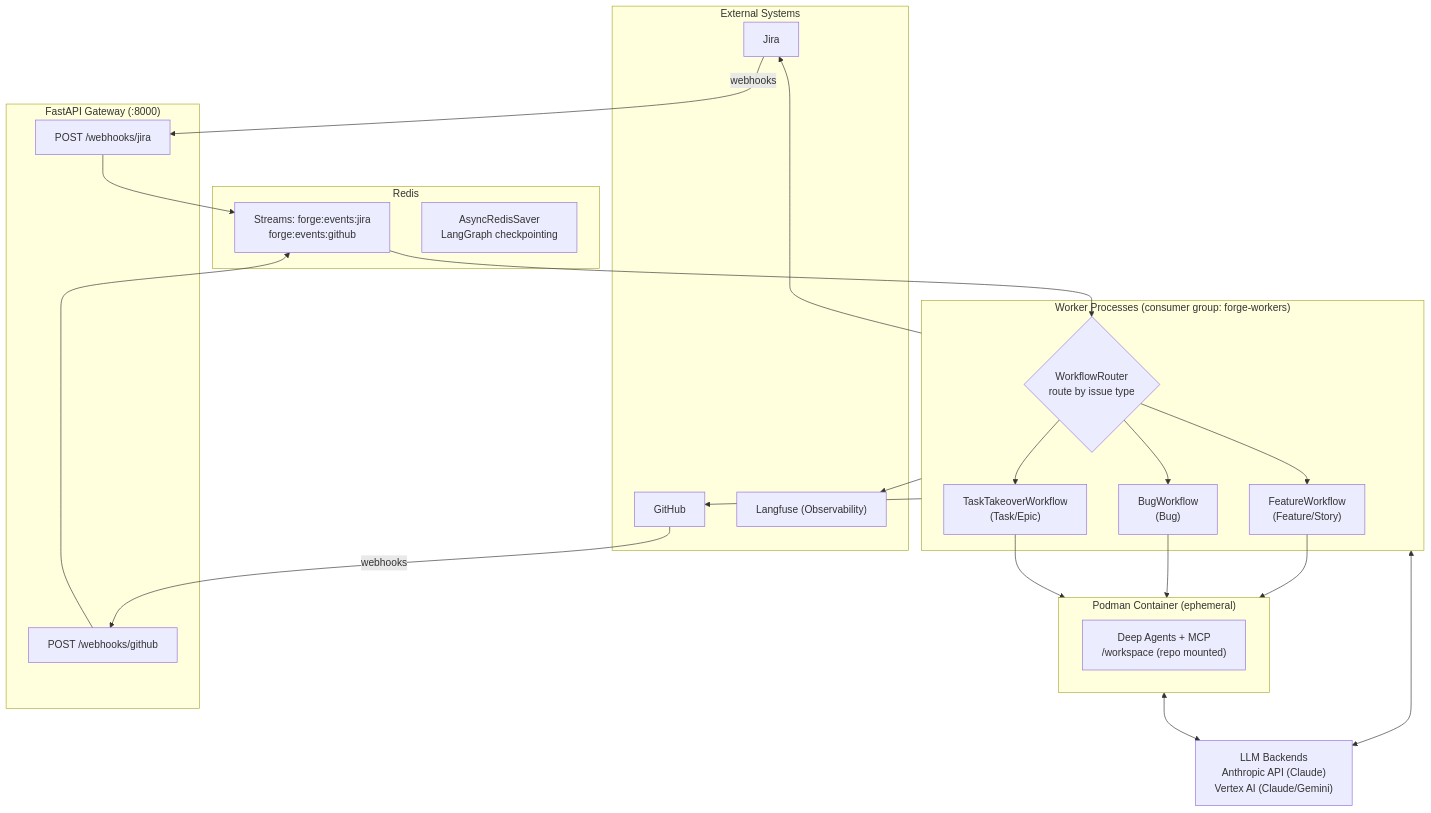
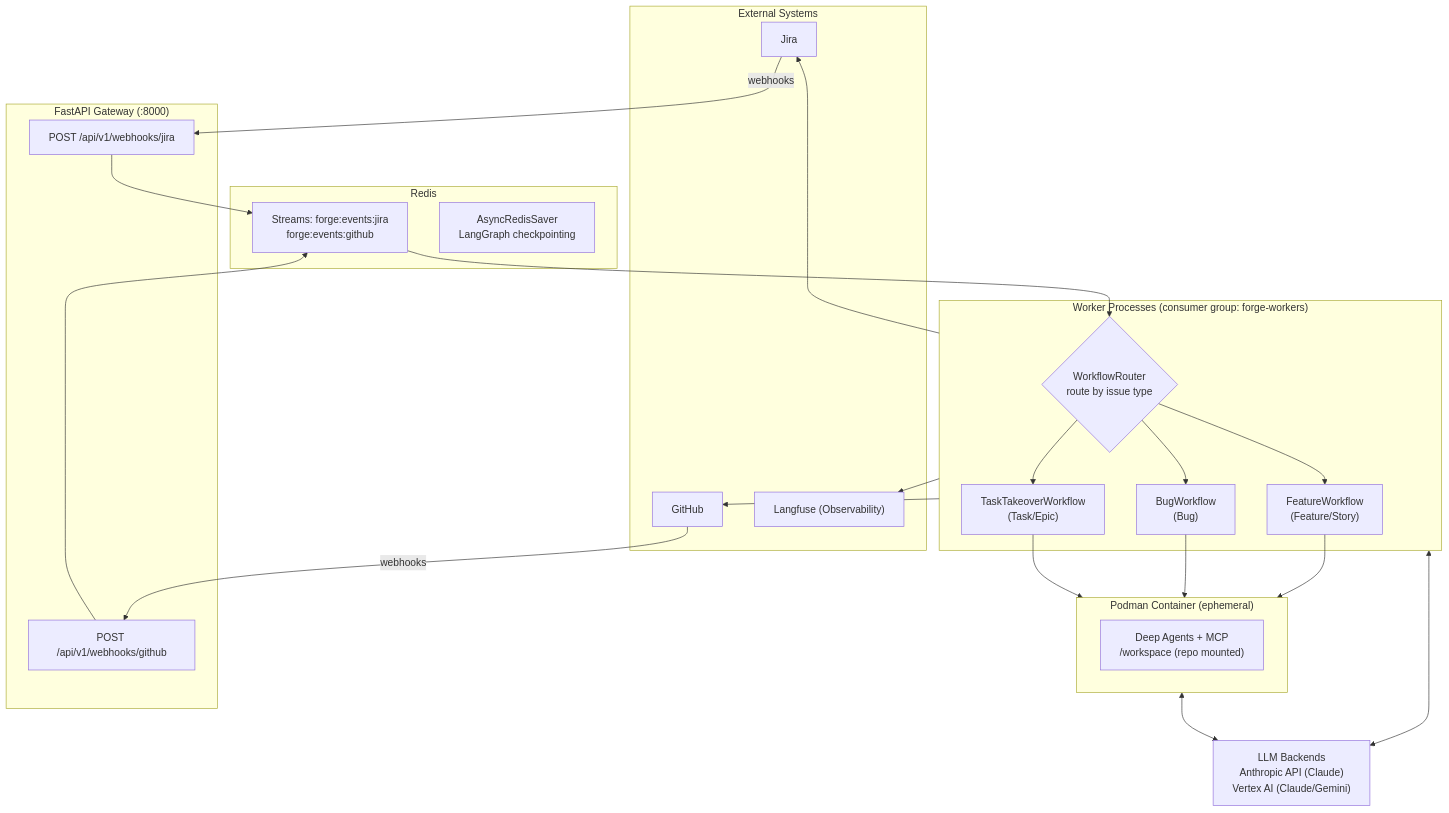
The first of 4 diagrams in docs/architecture.md (ekuris-redhat/forge), drawn with Mermaid before and after one commit. The commit also changed other lines of this file, not shown here.

Commit message:
Fix two factual errors found in code review
1. Feature diagram: local_review retries itself (self-loop), not implement_task.
   The actual graph routes local_review -> local_review or -> update_documentation.
2. Webhook paths: add missing /api/v1 prefix to match actual routes.

````diff
--- a/docs/architecture.md
+++ b/docs/architecture.md
@@ -16,48 +16,48 @@
 ```mermaid
 flowchart TD
     subgraph External["External Systems"]
         Jira
         GitHub
         Langfuse["Langfuse (Observability)"]
     end
 
     subgraph Gateway["FastAPI Gateway (:8000)"]
-        JiraWH["POST /webhooks/jira"]
-        GitHubWH["POST /webhooks/github"]
+        JiraWH["POST /api/v1/webhooks/jira"]
+        GitHubWH["POST /api/v1/webhooks/github"]
     end
 
     subgraph Queue["Redis"]
         Streams["Streams: forge:events:jira\nforge:events:github"]
         State["AsyncRedisSaver\nLangGraph checkpointing"]
     end
 
     subgraph Workers["Worker Processes (consumer group: forge-workers)"]
         Router{"WorkflowRouter\nroute by issue type"}
         Feature["FeatureWorkflow\n(Feature/Story)"]
         Bug["BugWorkflow\n(Bug)"]
         Task["TaskTakeoverWorkflow\n(Task/Epic)"]
     end
 
     subgraph Container["Podman Container (ephemeral)"]
         Agent["Deep Agents + MCP\n/workspace (repo mounted)"]
     end
 
     LLM["LLM Backends\nAnthropic API (Claude)\nVertex AI (Claude/Gemini)"]
 
     Jira -- webhooks --> JiraWH
     GitHub -- webhooks --> GitHubWH
     JiraWH --> Streams
     GitHubWH --> Streams
     Streams --> Router
     Router --> Feature
     Router --> Bug
     Router --> Task
     Feature --> Container
     Bug --> Container
     Task --> Container
     Workers <--> LLM
     Container <--> LLM
     Workers --> Jira
     Workers --> GitHub
     Workers --> Langfuse
 ```
````
